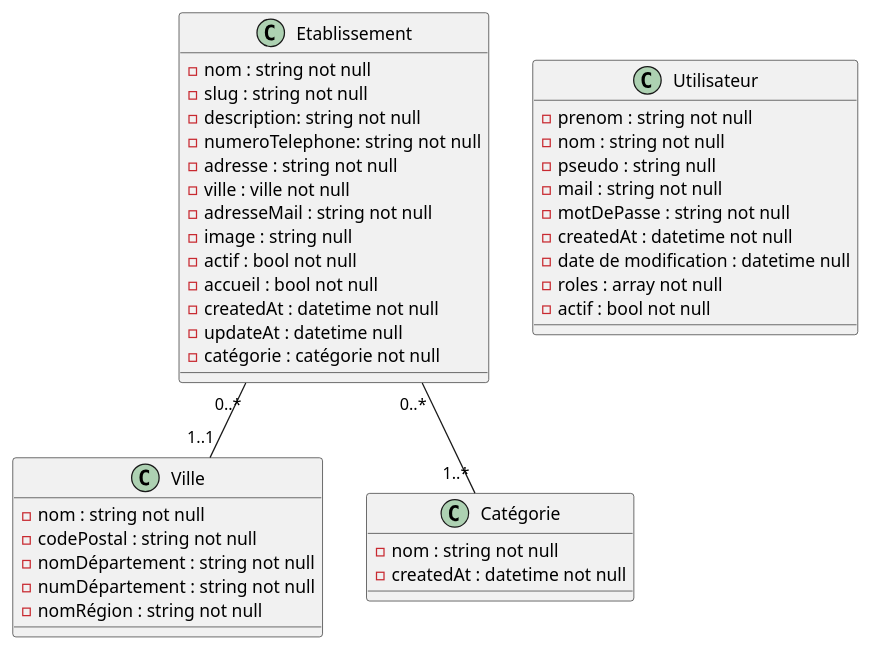
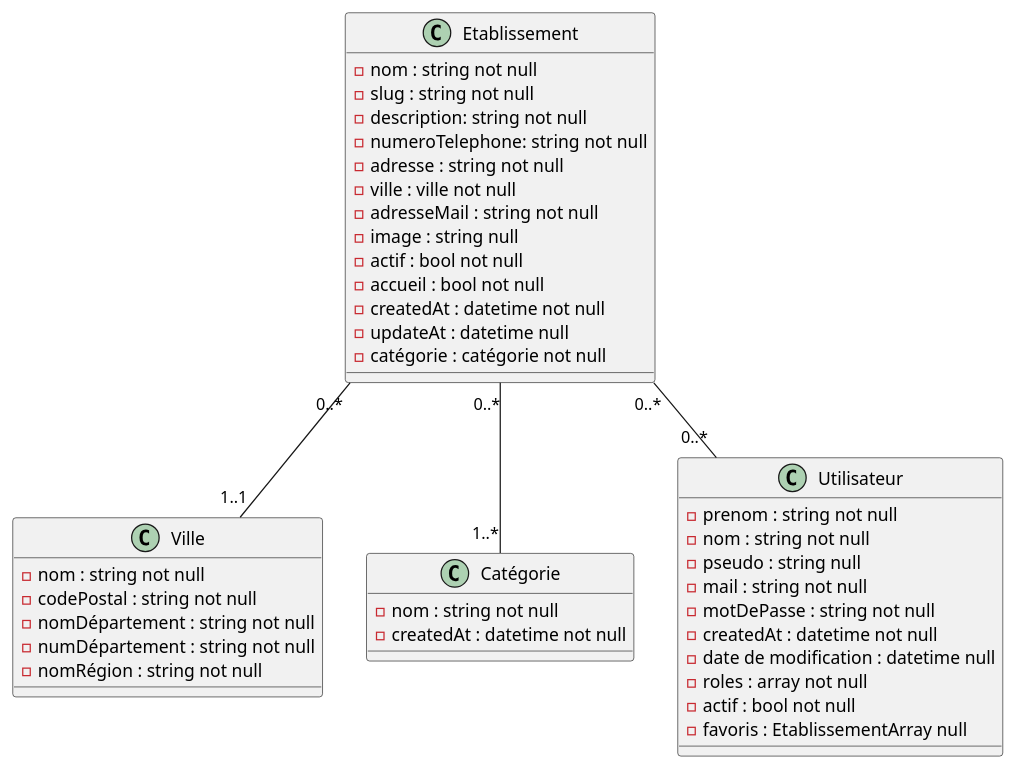
The diagram in documentations/diagramme.puml (RomainFerr/FC-Tourisme), drawn with PlantUML before and after one commit. The commit also changed 1 other file, not shown here.

Commit message:
sprint 2 - Diagramme pour favoris

```diff
--- a/documentations/diagramme.puml
+++ b/documentations/diagramme.puml
@@ -1,48 +1,49 @@
 @startuml
 class Etablissement{
 - nom : string not null
 - slug : string not null
 - description: string not null
 - numeroTelephone: string not null
 - adresse : string not null
 - ville : ville not null
 - adresseMail : string not null
 - image : string null
 - actif : bool not null
 - accueil : bool not null
 - createdAt : datetime not null
 - updateAt : datetime null
 - catégorie : catégorie not null
 }
 
 class Ville{
 - nom : string not null
 - codePostal : string not null
 - nomDépartement : string not null
 - numDépartement : string not null
 - nomRégion : string not null
 }
 
 class Catégorie{
 - nom : string not null
 - createdAt : datetime not null
 }
 
 class Utilisateur
 {
 - prenom : string not null
 - nom : string not null
 - pseudo : string null
 - mail : string not null
 - motDePasse : string not null
 - createdAt : datetime not null
 - date de modification : datetime null
 - roles : array not null
 - actif : bool not null
+- favoris : EtablissementArray null
 }
 
 Etablissement "0..*"--"1..1"Ville
 Etablissement "0..*"--"1..*"Catégorie
-
+Etablissement "0..*"--"0..*"Utilisateur
 
 @enduml
```
